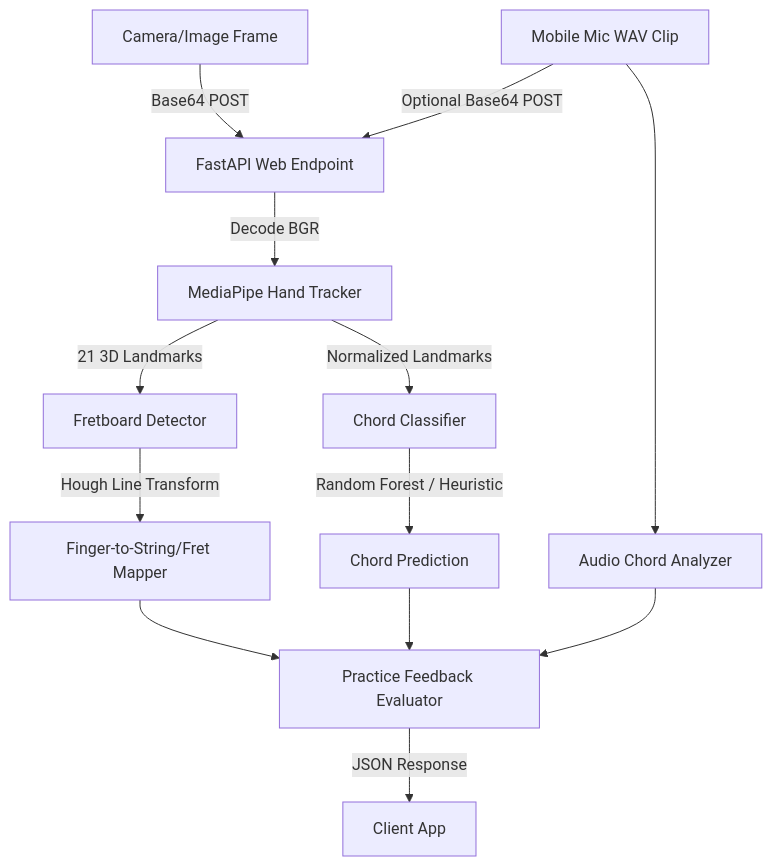
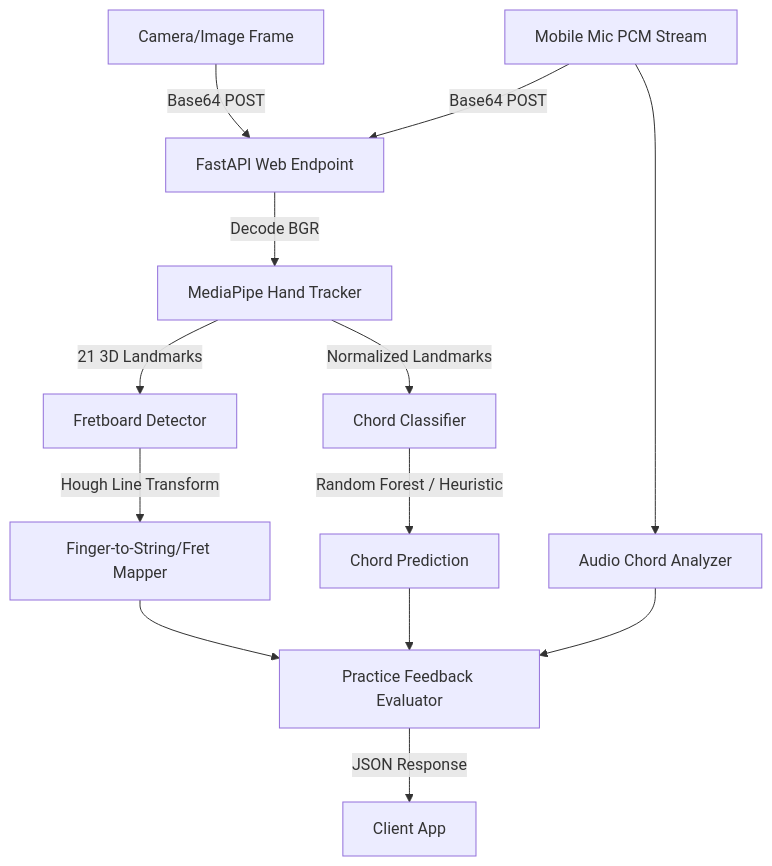
Before and after one commit to P-M-Manmohan/Guitar_Trainer: the diagram in ml-service/summary.md, drawn with Mermaid. The commit also changed other lines of this file and 30 other files, not shown here.

````diff
--- a/ml-service/summary.md
+++ b/ml-service/summary.md
@@ -9,13 +9,13 @@
 ```mermaid
 graph TD
     Frame[Camera/Image Frame] -->|Base64 POST| API[FastAPI Web Endpoint]
-    Audio[Mobile Mic WAV Clip] -->|Optional Base64 POST| API
+    Audio[Mobile Mic PCM Stream] -->|Base64 POST| API
     API -->|Decode BGR| MT[MediaPipe Hand Tracker]
     MT -->|21 3D Landmarks| FD[Fretboard Detector]
     MT -->|Normalized Landmarks| FC[Chord Classifier]
     Audio --> AC[Audio Chord Analyzer]
     FD -->|Hough Line Transform| Map[Finger-to-String/Fret Mapper]
     FC -->|Random Forest / Heuristic| Class[Chord Prediction]
     Map & Class & AC --> Practice[Practice Feedback Evaluator]
     Practice -->|JSON Response| Client[Client App]
 ```
````
